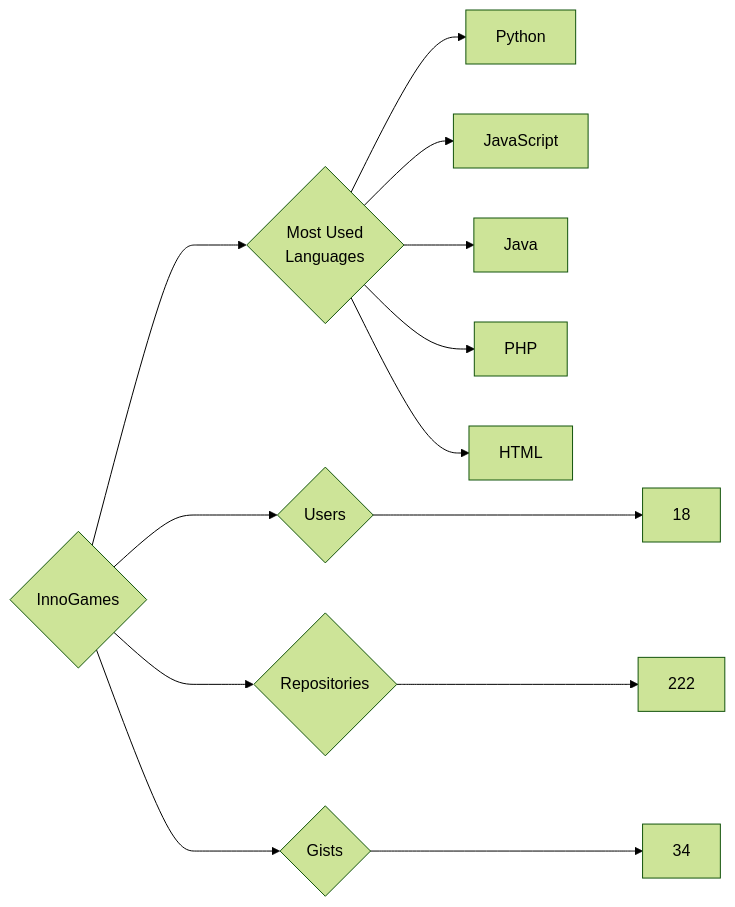
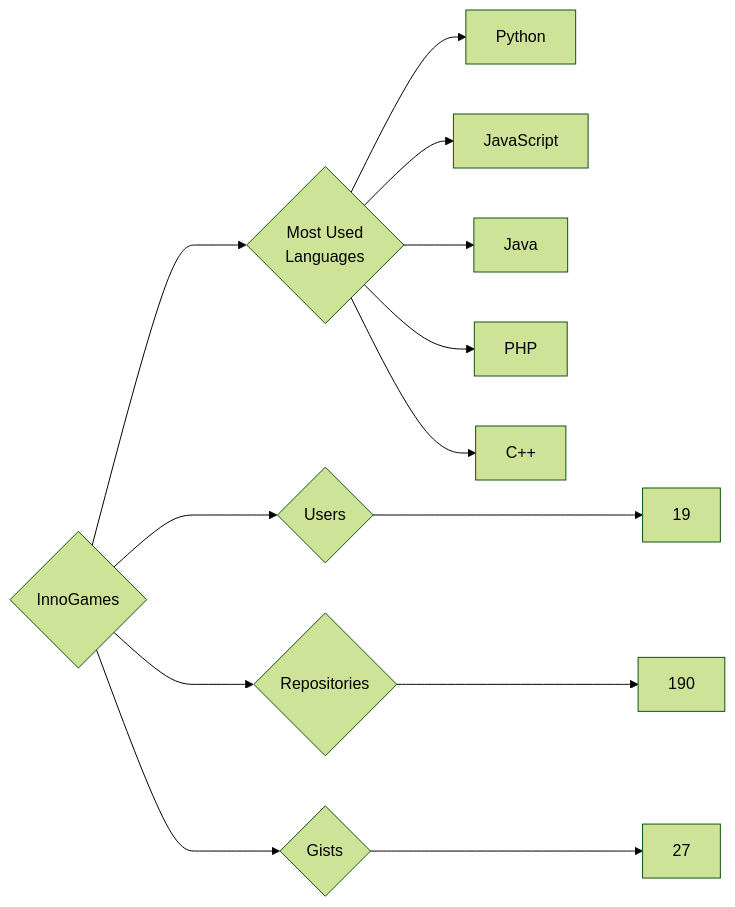
Before and after one commit to trickest/insiders: the diagram in targets/InnoGames/README.md, drawn with Mermaid (forest theme). The commit also changed 823 other files, not shown here.

````diff
--- a/targets/InnoGames/README.md
+++ b/targets/InnoGames/README.md
@@ -3,13 +3,13 @@
 ```mermaid
 graph LR
 COMPANY_NAME{InnoGames}
-COMPANY_NAME ---> U{Users} ---> UN[18]
-COMPANY_NAME ---> R{Repositories} ---> RN[222]
-COMPANY_NAME ---> G{Gists} ---> GN[34]
+COMPANY_NAME ---> U{Users} ---> UN[19]
+COMPANY_NAME ---> R{Repositories} ---> RN[190]
+COMPANY_NAME ---> G{Gists} ---> GN[27]
 COMPANY_NAME ---> ML{Most Used<br>Languages}
 ML --> Python[Python]
 ML --> JavaScript[JavaScript]
 ML --> Java[Java]
 ML --> PHP[PHP]
-ML --> HTML[HTML]
+ML --> C++[C++]
 ```
````
